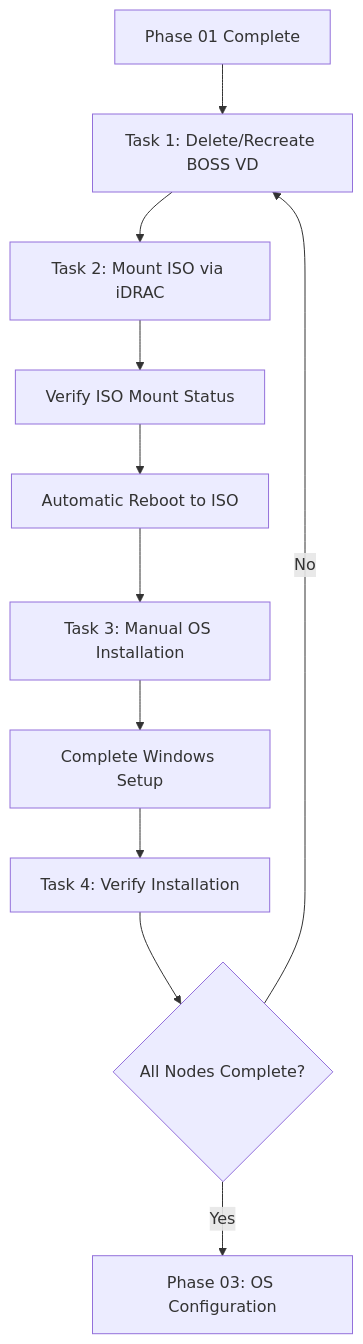
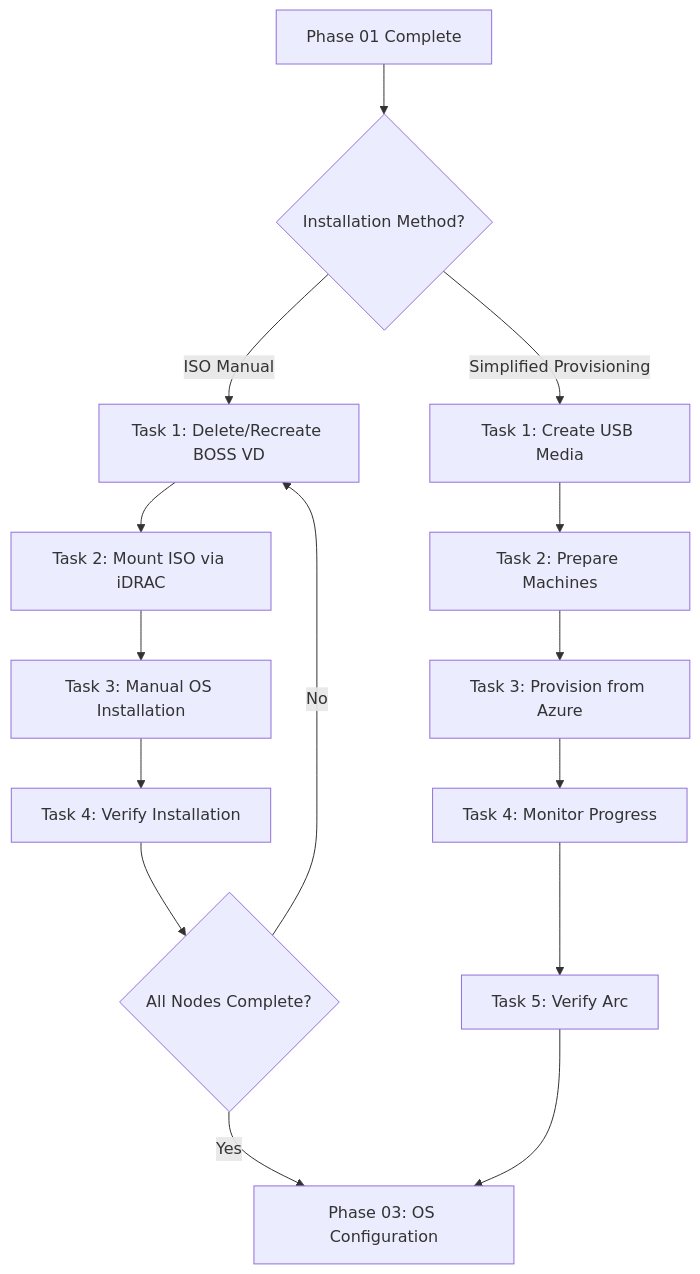
The diagram in docs/implementation/04-cluster-deployment/phase-02-os-installation/index.mdx (AzureLocal/azurelocal.github.io), drawn with Mermaid before and after one commit. The commit also changed other lines of this file and 21 other files, not shown here.

First line of the commit message:
feat(docs): add Azure Local 2604 features — Simplified Provisioning, SAN deployment, Local Identity GA

````diff
--- a/docs/implementation/04-cluster-deployment/phase-02-os-installation/index.mdx
+++ b/docs/implementation/04-cluster-deployment/phase-02-os-installation/index.mdx
@@ -117,13 +175,18 @@
 ```mermaid
 graph TD
- A[Phase 01 Complete] --> B[Task 1: Delete/Recreate BOSS VD]
- B --> C[Task 2: Mount ISO via iDRAC]
- C --> D[Verify ISO Mount Status]
- D --> E[Automatic Reboot to ISO]
- E --> F[Task 3: Manual OS Installation]
- F --> G[Complete Windows Setup]
- G --> H[Task 4: Verify Installation]
- H --> I{All Nodes Complete?}
- I -->|No| B
- I -->|Yes| J[Phase 03: OS Configuration]
+  A[Phase 01 Complete] --> B{Installation Method?}
+  B -->|ISO Manual| C[Task 1: Delete/Recreate BOSS VD]
+  C --> D[Task 2: Mount ISO via iDRAC]
+  D --> E[Task 3: Manual OS Installation]
+  E --> F[Task 4: Verify Installation]
+  F --> G{All Nodes Complete?}
+  G -->|No| C
+  G -->|Yes| H[Phase 03: OS Configuration]
+
+  B -->|Simplified Provisioning| I[Task 1: Create USB Media]
+  I --> J[Task 2: Prepare Machines]
+  J --> K[Task 3: Provision from Azure]
+  K --> L[Task 4: Monitor Progress]
+  L --> M[Task 5: Verify Arc]
+  M --> H
 ```
````
